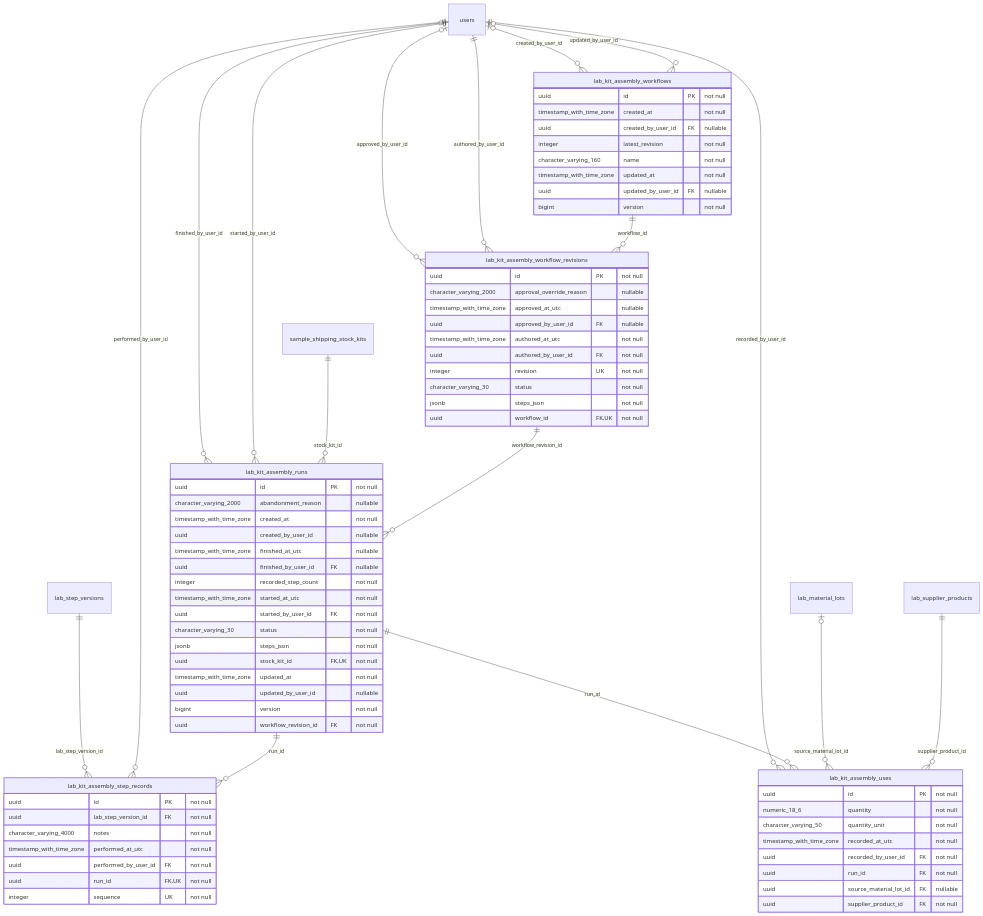
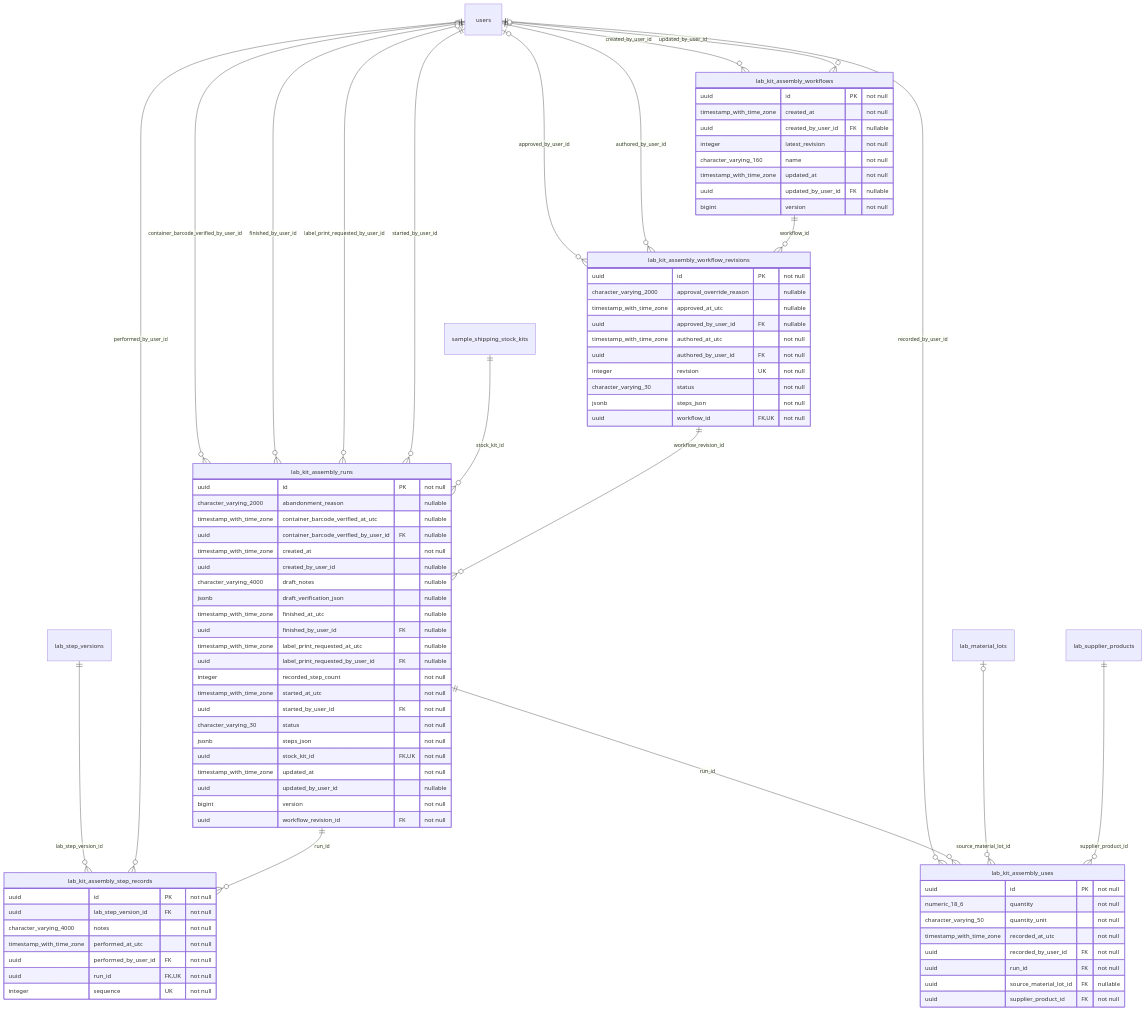
Diagram 30 of 35 in docs/database-erd.md (behaack/phaeno-ops-mgmt-system), drawn with Mermaid before and after one commit. The commit also changed other lines of this file and 75 other files, not shown here.

First line of the commit message:
Simplify transportation kit assembly and refresh regression coverage

```diff
--- a/docs/database-erd.md
+++ b/docs/database-erd.md
@@ -4057,10 +4057,16 @@
     lab_kit_assembly_runs {
         uuid id PK "not null"
         character_varying_2000 abandonment_reason "nullable"
+        timestamp_with_time_zone container_barcode_verified_at_utc "nullable"
+        uuid container_barcode_verified_by_user_id FK "nullable"
         timestamp_with_time_zone created_at "not null"
         uuid created_by_user_id "nullable"
+        character_varying_4000 draft_notes "nullable"
+        jsonb draft_verification_json "nullable"
         timestamp_with_time_zone finished_at_utc "nullable"
         uuid finished_by_user_id FK "nullable"
+        timestamp_with_time_zone label_print_requested_at_utc "nullable"
+        uuid label_print_requested_by_user_id FK "nullable"
         integer recorded_step_count "not null"
         timestamp_with_time_zone started_at_utc "not null"
         uuid started_by_user_id FK "not null"
@@ -4113,7 +4119,9 @@
         uuid updated_by_user_id FK "nullable"
         bigint version "not null"
     }
+    users o|--o{ lab_kit_assembly_runs : "container_barcode_verified_by_user_id"
     users o|--o{ lab_kit_assembly_runs : "finished_by_user_id"
+    users o|--o{ lab_kit_assembly_runs : "label_print_requested_by_user_id"
     users ||--o{ lab_kit_assembly_runs : "started_by_user_id"
     sample_shipping_stock_kits ||--o{ lab_kit_assembly_runs : "stock_kit_id"
     lab_kit_assembly_workflow_revisions ||--o{ lab_kit_assembly_runs : "workflow_revision_id"
```
